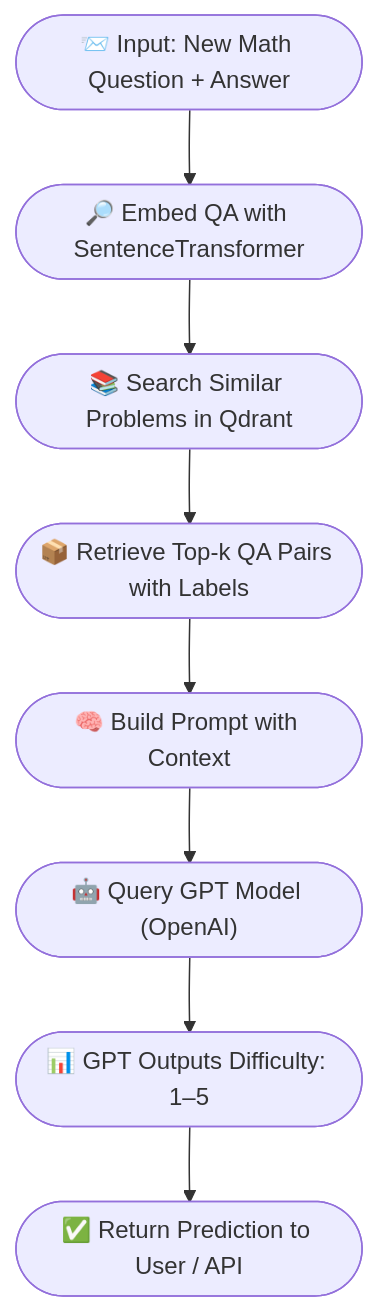
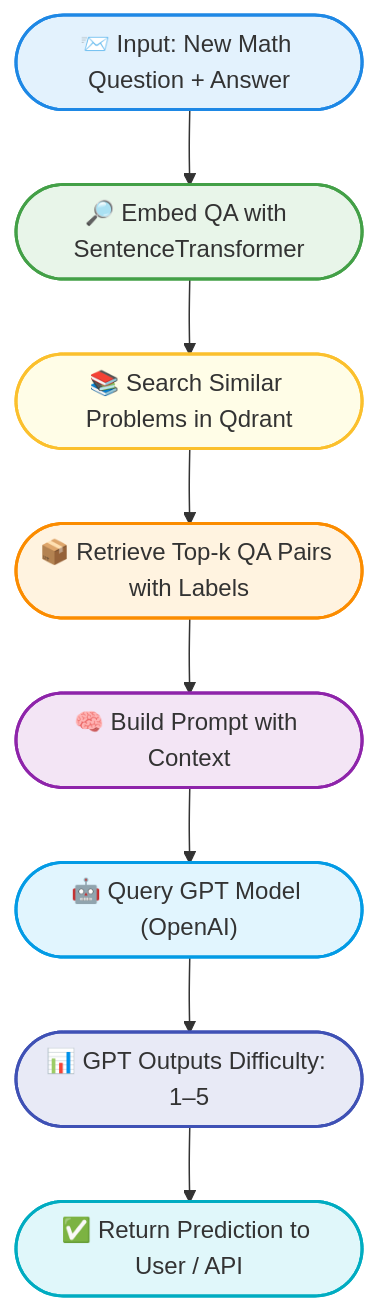
One commit to radianvp/study-lab-math-difficulty-level-estimator changed the diagram in README.md. Above: the diagram before and after it, drawn with Mermaid.

Commit message:
README Finall

````diff
--- a/README.md
+++ b/README.md
@@ -37,10 +37,19 @@
 ```mermaid
 flowchart TD
     A(["📨 Input: New Math Question + Answer"]) --> B(["🔎 Embed QA with SentenceTransformer"])
     B --> C(["📚 Search Similar Problems in Qdrant"])
     C --> D(["📦 Retrieve Top-k QA Pairs with Labels"])
     D --> E(["🧠 Build Prompt with Context"])
     E --> F(["🤖 Query GPT Model (OpenAI)"])
     F --> G(["📊 GPT Outputs Difficulty: 1–5"])
     G --> H(["✅ Return Prediction to User / API"])
+
+    style A fill:#E3F2FD,stroke:#1E88E5,stroke-width:2px
+    style B fill:#E8F5E9,stroke:#43A047,stroke-width:2px
+    style C fill:#FFFDE7,stroke:#FBC02D,stroke-width:2px
+    style D fill:#FFF3E0,stroke:#FB8C00,stroke-width:2px
+    style E fill:#F3E5F5,stroke:#8E24AA,stroke-width:2px
+    style F fill:#E1F5FE,stroke:#039BE5,stroke-width:2px
+    style G fill:#E8EAF6,stroke:#3F51B5,stroke-width:2px
+    style H fill:#E0F7FA,stroke:#00ACC1,stroke-width:2px
 ```
````
